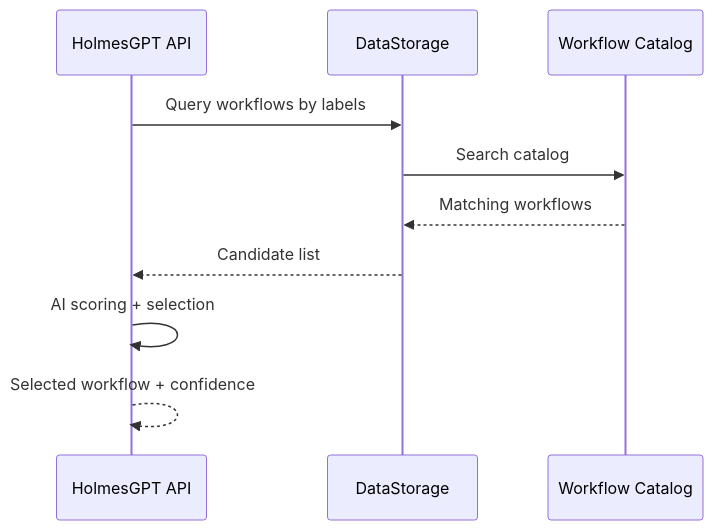
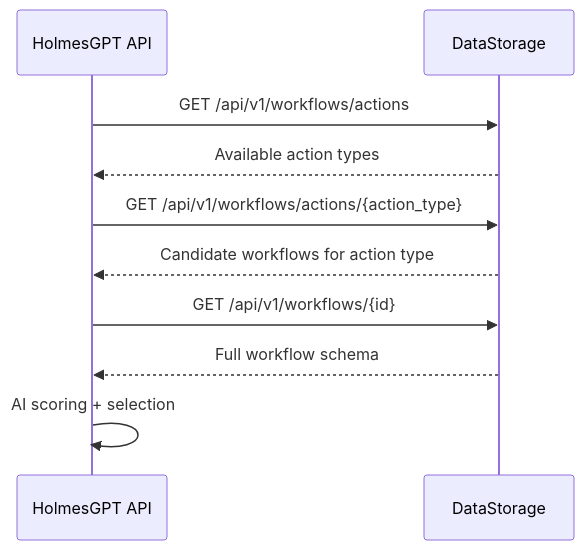
Before and after one commit to jordigilh/kubernaut-docs: the diagram in docs/architecture/workflow-selection.md, drawn with Mermaid. The commit also changed other lines of this file and 2 other files, not shown here.

First line of the commit message:
docs: fix installation path, workflow catalog URL, and workflow selection (Phase 1 triage)

````diff
--- a/docs/architecture/workflow-selection.md
+++ b/docs/architecture/workflow-selection.md
@@ -7,13 +7,13 @@
 ```mermaid
 sequenceDiagram
     participant HAPI as HolmesGPT API
     participant DS as DataStorage
-    participant CAT as Workflow Catalog
 
-    HAPI->>DS: Query workflows by labels
-    DS->>CAT: Search catalog
-    CAT-->>DS: Matching workflows
-    DS-->>HAPI: Candidate list
+    HAPI->>DS: GET /api/v1/workflows/actions
+    DS-->>HAPI: Available action types
+    HAPI->>DS: GET /api/v1/workflows/actions/{action_type}
+    DS-->>HAPI: Candidate workflows for action type
+    HAPI->>DS: GET /api/v1/workflows/{id}
+    DS-->>HAPI: Full workflow schema
     HAPI->>HAPI: AI scoring + selection
-    HAPI-->>HAPI: Selected workflow + confidence
 ```
````
